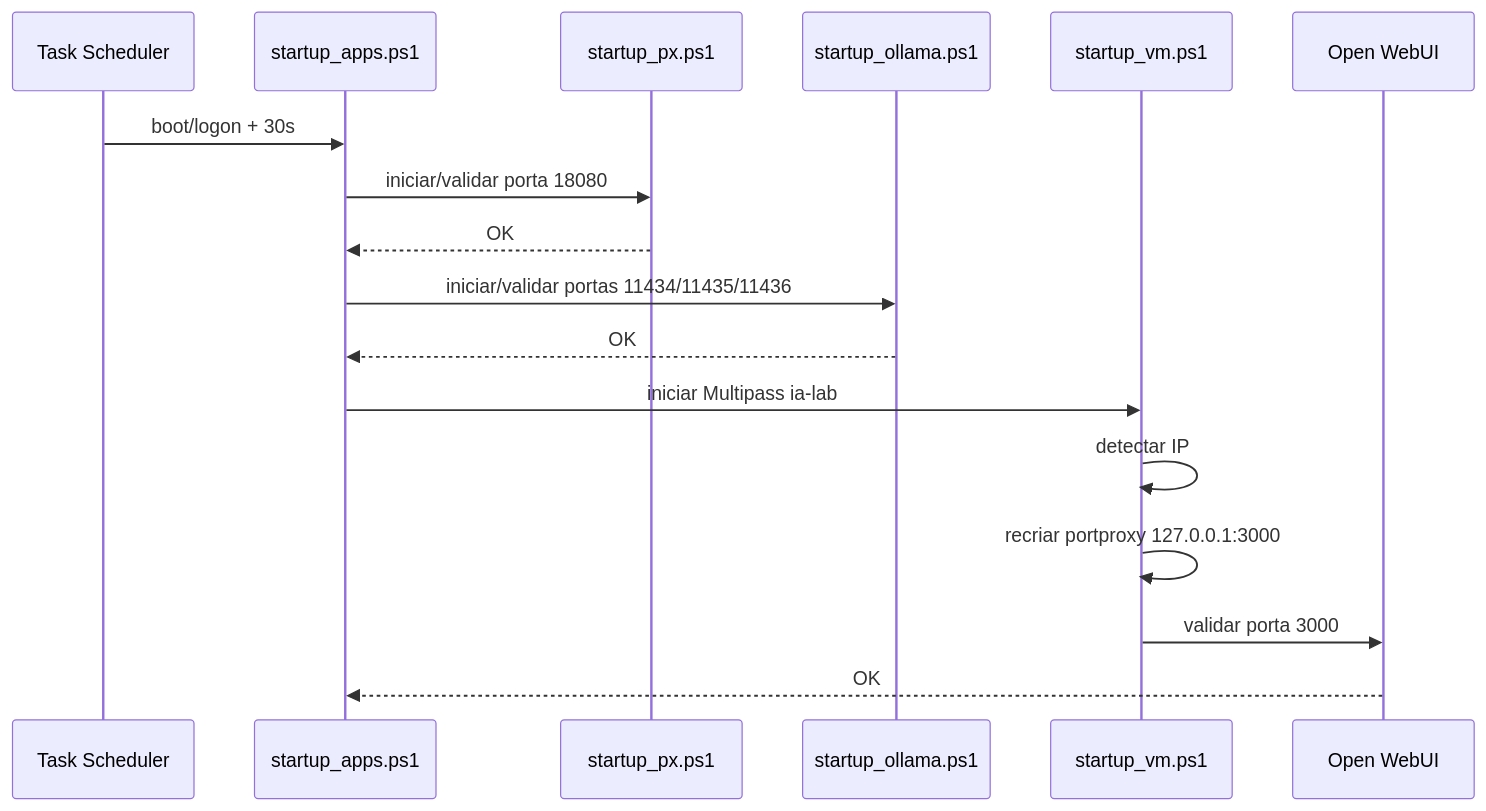
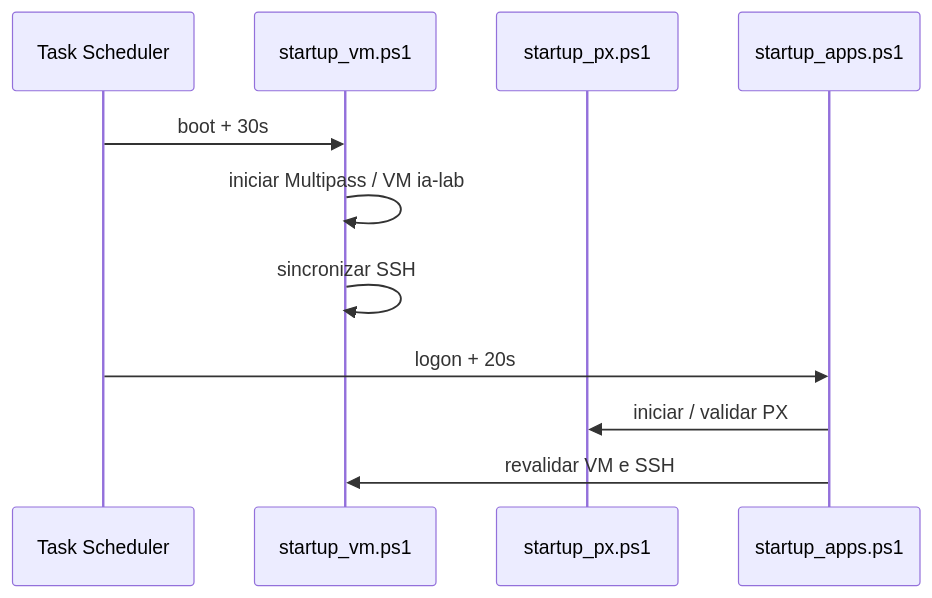
The diagram in docs/diagrams/boot_flow.mmd (marcocanedo/ia_lab), drawn with Mermaid before and after one commit. The commit also changed 66 other files, not shown here.

```diff
--- a/docs/diagrams/boot_flow.mmd
+++ b/docs/diagrams/boot_flow.mmd
@@ -1,18 +1,12 @@
 sequenceDiagram
     participant TS as Task Scheduler
+    participant VM as startup_vm.ps1
+    participant PX as startup_px.ps1
     participant Apps as startup_apps.ps1
-    participant PX as startup_px.ps1
-    participant Ollama as startup_ollama.ps1
-    participant VM as startup_vm.ps1
-    participant Web as Open WebUI
 
-    TS->>Apps: boot/logon + 30s
-    Apps->>PX: iniciar/validar porta 18080
-    PX-->>Apps: OK
-    Apps->>Ollama: iniciar/validar portas 11434/11435/11436
-    Ollama-->>Apps: OK
-    Apps->>VM: iniciar Multipass ia-lab
-    VM->>VM: detectar IP
-    VM->>VM: recriar portproxy 127.0.0.1:3000
-    VM->>Web: validar porta 3000
-    Web-->>Apps: OK
+    TS->>VM: boot + 30s
+    VM->>VM: iniciar Multipass / VM ia-lab
+    VM->>VM: sincronizar SSH
+    TS->>Apps: logon + 20s
+    Apps->>PX: iniciar / validar PX
+    Apps->>VM: revalidar VM e SSH
```
